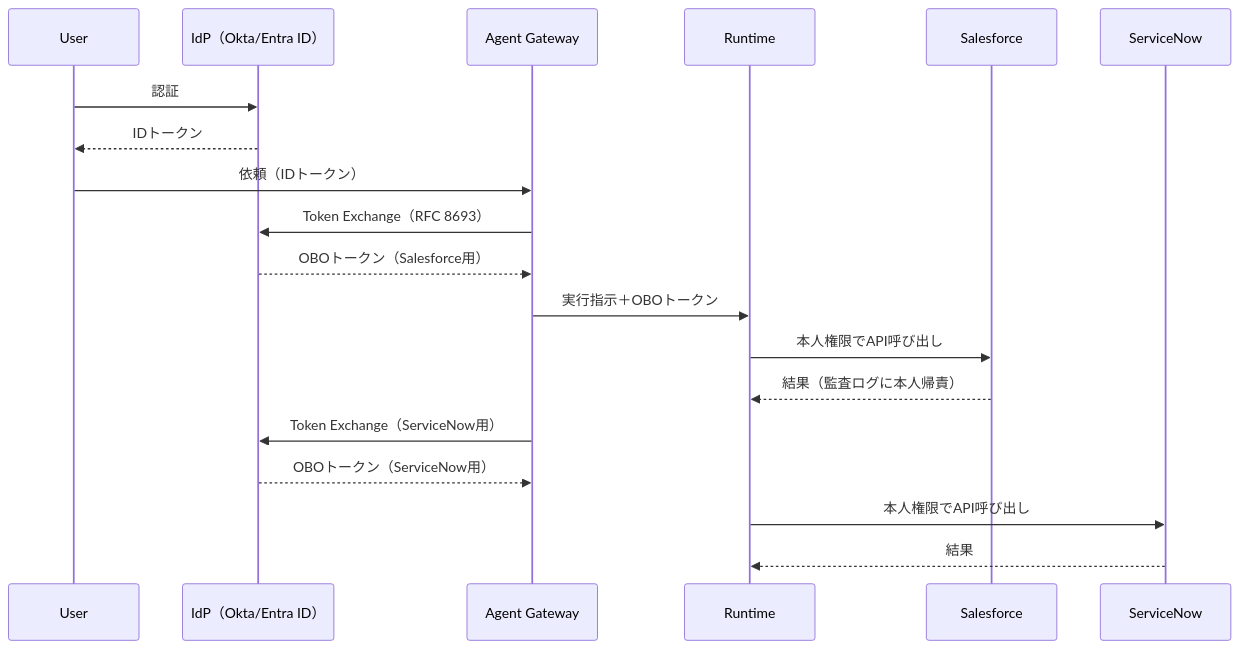
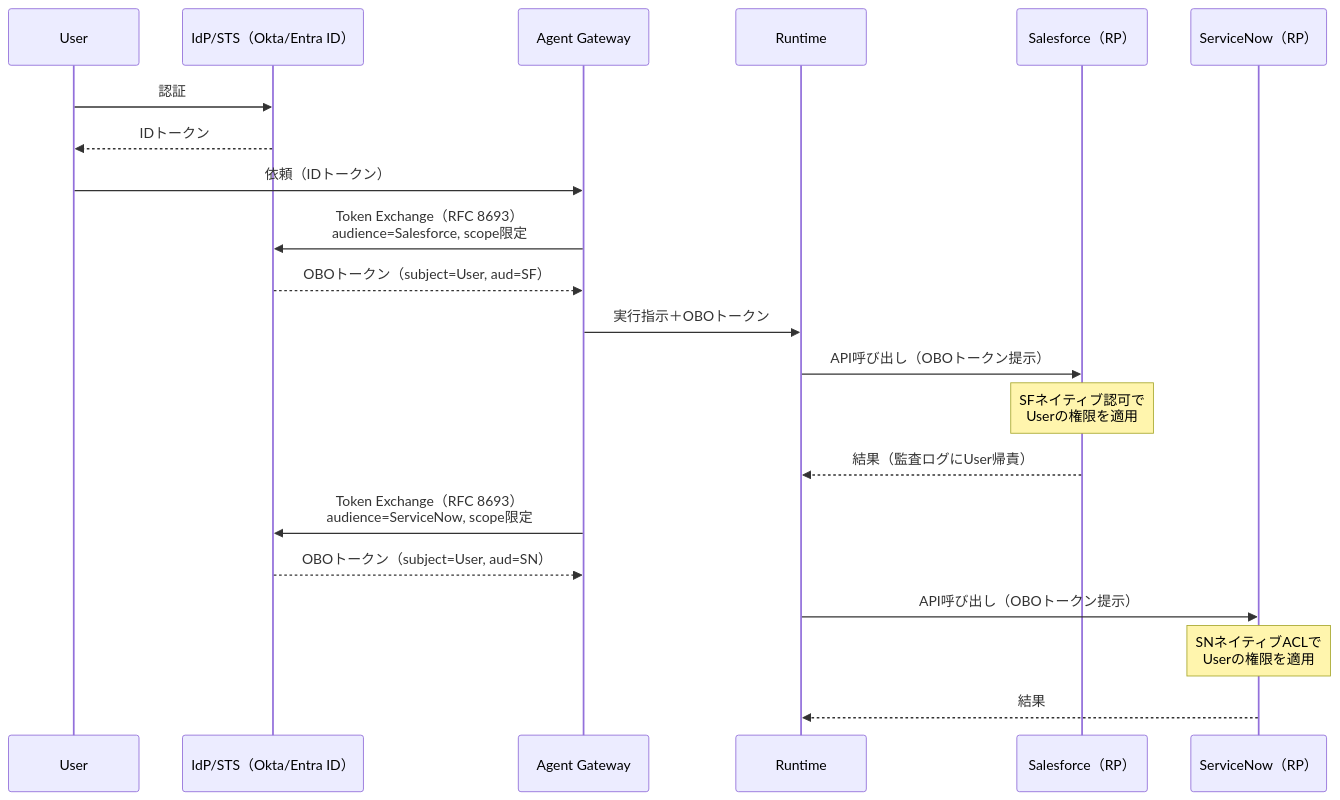
One commit to shibuiwilliam/enterprise-agent-reference-architectures changed the diagram in docs/patterns/id-identity/id2-identity-federation-obo.md. Above: the diagram before and after it, drawn with Mermaid. The commit also changed other lines of this file and 17 other files, not shown here.

````diff
--- a/docs/patterns/id-identity/id2-identity-federation-obo.md
+++ b/docs/patterns/id-identity/id2-identity-federation-obo.md
@@ -31,22 +34,24 @@
 ```mermaid
 sequenceDiagram
     participant U as User
-    participant IdP as IdP（Okta/Entra ID）
+    participant IdP as IdP/STS（Okta/Entra ID）
     participant GW as Agent Gateway
     participant RT as Runtime
-    participant SF as Salesforce
-    participant SW as ServiceNow
+    participant SF as Salesforce（RP）
+    participant SW as ServiceNow（RP）
 
     U->>IdP: 認証
     IdP-->>U: IDトークン
     U->>GW: 依頼（IDトークン）
-    GW->>IdP: Token Exchange（RFC 8693）
-    IdP-->>GW: OBOトークン（Salesforce用）
+    GW->>IdP: Token Exchange（RFC 8693）<br/>audience=Salesforce, scope限定
+    IdP-->>GW: OBOトークン（subject=User, aud=SF）
     GW->>RT: 実行指示＋OBOトークン
-    RT->>SF: 本人権限でAPI呼び出し
-    SF-->>RT: 結果（監査ログに本人帰責）
-    GW->>IdP: Token Exchange（ServiceNow用）
-    IdP-->>GW: OBOトークン（ServiceNow用）
-    RT->>SW: 本人権限でAPI呼び出し
+    RT->>SF: API呼び出し（OBOトークン提示）
+    note over SF: SFネイティブ認可で<br/>Userの権限を適用
+    SF-->>RT: 結果（監査ログにUser帰責）
+    GW->>IdP: Token Exchange（RFC 8693）<br/>audience=ServiceNow, scope限定
+    IdP-->>GW: OBOトークン（subject=User, aud=SN）
+    RT->>SW: API呼び出し（OBOトークン提示）
+    note over SW: SNネイティブACLで<br/>Userの権限を適用
     SW-->>RT: 結果
 ```
````
